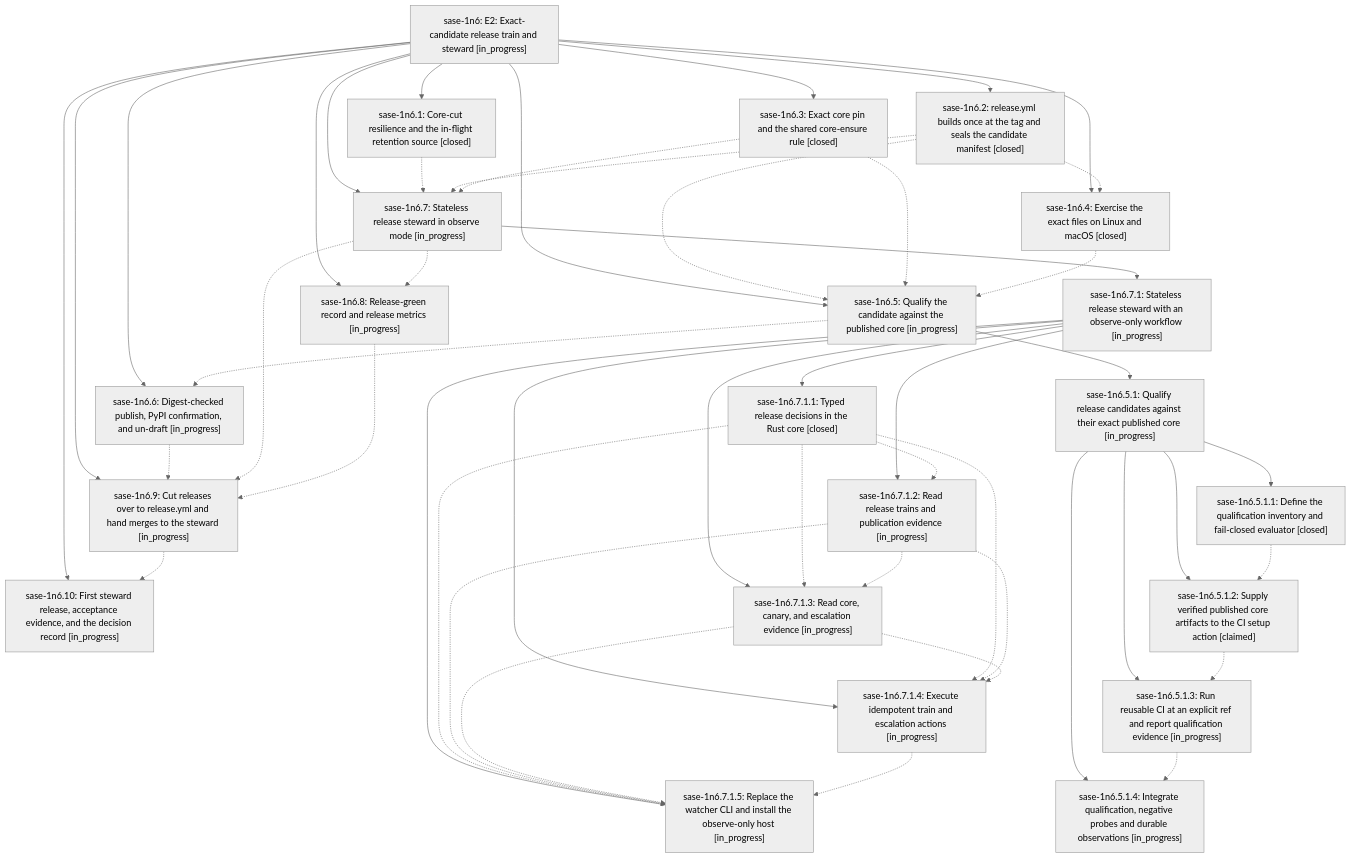
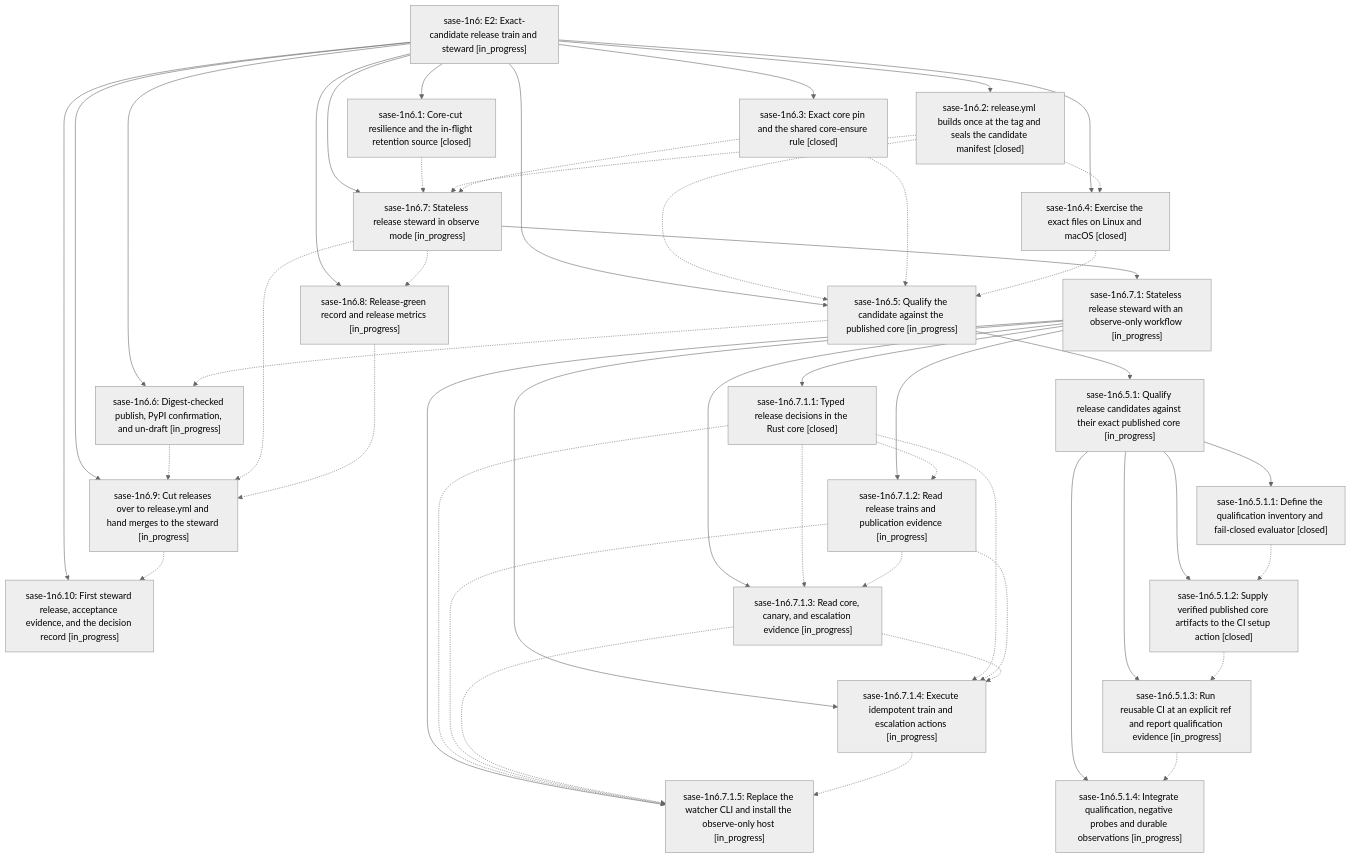
One commit to sase-org/sase--beads changed the diagram in pages/sase-1n6/README.md. Above: the diagram before and after it, drawn with Mermaid (neutral theme). The commit also changed other lines of this file and 4 other files, not shown here.

````diff
--- a/pages/sase-1n6/README.md
+++ b/pages/sase-1n6/README.md
@@ -43,72 +43,72 @@
 ```mermaid
 flowchart TD
     n0["sase-1n6: E2: Exact-candidate release train and steward [in_progress]"]
     n1["sase-1n6.1: Core-cut resilience and the in-flight retention source [closed]"]
     n2["sase-1n6.10: First steward release, acceptance evidence, and the decision record [in_progress]"]
     n3["sase-1n6.2: release.yml builds once at the tag and seals the candidate manifest [closed]"]
     n4["sase-1n6.3: Exact core pin and the shared core-ensure rule [closed]"]
     n5["sase-1n6.4: Exercise the exact files on Linux and macOS [closed]"]
     n6["sase-1n6.5: Qualify the candidate against the published core [in_progress]"]
     n7["sase-1n6.5.1: Qualify release candidates against their exact published core [in_progress]"]
     n8["sase-1n6.5.1.1: Define the qualification inventory and fail-closed evaluator [closed]"]
-    n9["sase-1n6.5.1.2: Supply verified published core artifacts to the CI setup action [claimed]"]
+    n9["sase-1n6.5.1.2: Supply verified published core artifacts to the CI setup action [closed]"]
     n10["sase-1n6.5.1.3: Run reusable CI at an explicit ref and report qualification evidence [in_progress]"]
     n11["sase-1n6.5.1.4: Integrate qualification, negative probes and durable observations [in_progress]"]
     n12["sase-1n6.6: Digest-checked publish, PyPI confirmation, and un-draft [in_progress]"]
     n13["sase-1n6.7: Stateless release steward in observe mode [in_progress]"]
     n14["sase-1n6.7.1: Stateless release steward with an observe-only workflow [in_progress]"]
     n15["sase-1n6.7.1.1: Typed release decisions in the Rust core [closed]"]
     n16["sase-1n6.7.1.2: Read release trains and publication evidence [in_progress]"]
     n17["sase-1n6.7.1.3: Read core, canary, and escalation evidence [in_progress]"]
     n18["sase-1n6.7.1.4: Execute idempotent train and escalation actions [in_progress]"]
     n19["sase-1n6.7.1.5: Replace the watcher CLI and install the observe-only host [in_progress]"]
     n20["sase-1n6.8: Release-green record and release metrics [in_progress]"]
     n21["sase-1n6.9: Cut releases over to release.yml and hand merges to the steward [in_progress]"]
     n0 --> n1
     n0 --> n2
     n0 --> n3
     n0 --> n4
     n0 --> n5
     n0 --> n6
     n6 --> n7
     n7 --> n8
     n7 --> n9
     n7 --> n10
     n7 --> n11
     n0 --> n12
     n0 --> n13
     n13 --> n14
     n14 --> n15
     n14 --> n16
     n14 --> n17
     n14 --> n18
     n14 --> n19
     n0 --> n20
     n0 --> n21
     n1 -.-> n13
     n3 -.-> n5
     n3 -.-> n6
     n3 -.-> n13
     n4 -.-> n6
     n4 -.-> n13
     n5 -.-> n6
     n6 -.-> n12
     n8 -.-> n9
     n9 -.-> n10
     n10 -.-> n11
     n12 -.-> n21
     n13 -.-> n20
     n13 -.-> n21
     n15 -.-> n16
     n15 -.-> n17
     n15 -.-> n18
     n15 -.-> n19
     n16 -.-> n17
     n16 -.-> n18
     n16 -.-> n19
     n17 -.-> n18
     n17 -.-> n19
     n18 -.-> n19
     n20 -.-> n21
     n21 -.-> n2
 ```
````
